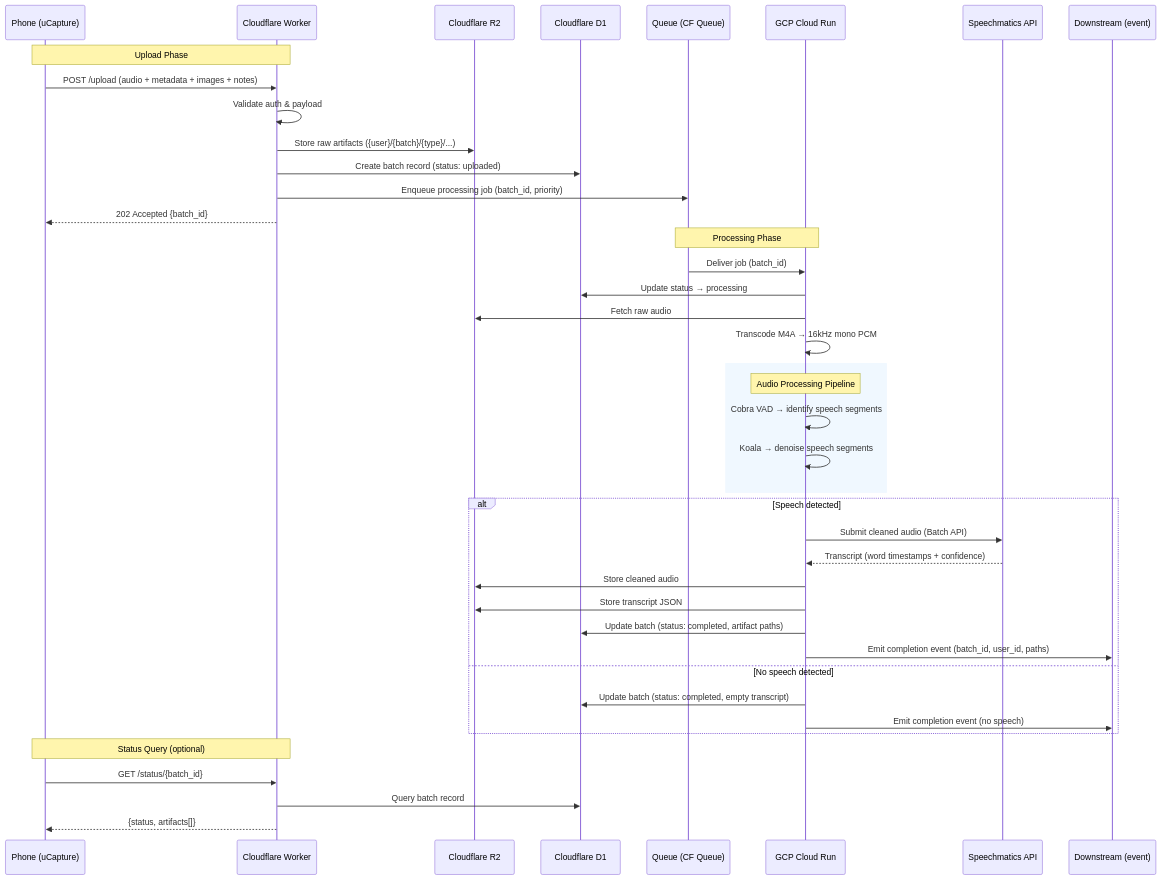
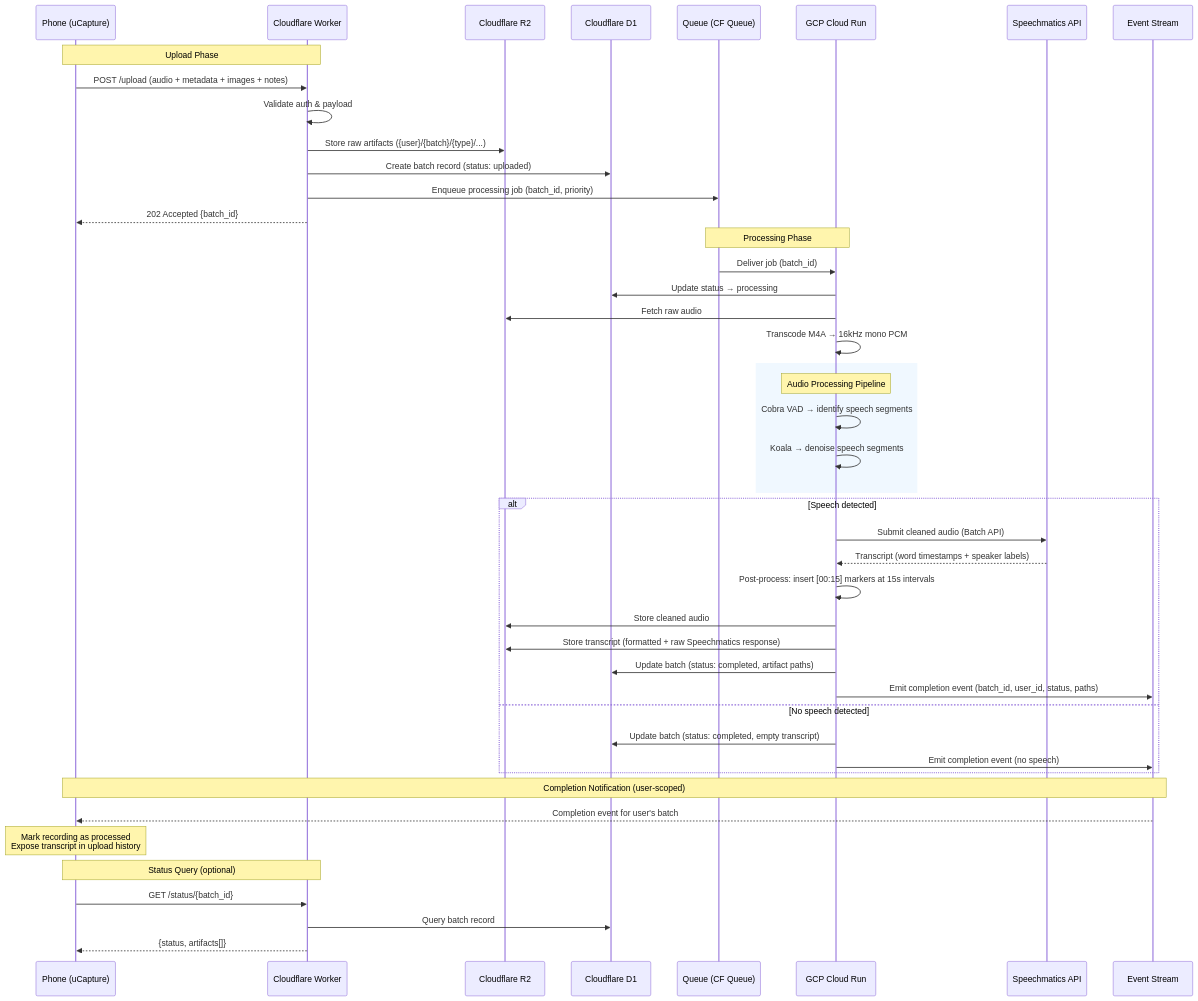
One commit to workingman/ucapture changed the diagram in cloudflare-audio-processor/docs/flow-audio-pipeline.mmd. Above: the diagram before and after it, drawn with Mermaid. The commit also changed 20 other files, not shown here.

```diff
--- a/cloudflare-audio-processor/docs/flow-audio-pipeline.mmd
+++ b/cloudflare-audio-processor/docs/flow-audio-pipeline.mmd
@@ -1,46 +1,51 @@
 sequenceDiagram
     participant Phone as Phone (uCapture)
     participant CF as Cloudflare Worker
     participant R2 as Cloudflare R2
     participant D1 as Cloudflare D1
     participant Q as Queue (CF Queue)
     participant GCP as GCP Cloud Run
     participant SM as Speechmatics API
-    participant DS as Downstream (event)
+    participant DS as Event Stream
 
     Note over Phone,CF: Upload Phase
     Phone->>CF: POST /upload (audio + metadata + images + notes)
     CF->>CF: Validate auth & payload
     CF->>R2: Store raw artifacts ({user}/{batch}/{type}/...)
     CF->>D1: Create batch record (status: uploaded)
     CF->>Q: Enqueue processing job (batch_id, priority)
     CF-->>Phone: 202 Accepted {batch_id}
 
     Note over Q,GCP: Processing Phase
     Q->>GCP: Deliver job (batch_id)
     GCP->>D1: Update status → processing
     GCP->>R2: Fetch raw audio
     GCP->>GCP: Transcode M4A → 16kHz mono PCM
 
     rect rgb(240, 248, 255)
         Note over GCP: Audio Processing Pipeline
         GCP->>GCP: Cobra VAD → identify speech segments
         GCP->>GCP: Koala → denoise speech segments
     end
 
     alt Speech detected
         GCP->>SM: Submit cleaned audio (Batch API)
-        SM-->>GCP: Transcript (word timestamps + confidence)
+        SM-->>GCP: Transcript (word timestamps + speaker labels)
+        GCP->>GCP: Post-process: insert [00:15] markers at 15s intervals
         GCP->>R2: Store cleaned audio
-        GCP->>R2: Store transcript JSON
+        GCP->>R2: Store transcript (formatted + raw Speechmatics response)
         GCP->>D1: Update batch (status: completed, artifact paths)
-        GCP->>DS: Emit completion event (batch_id, user_id, paths)
+        GCP->>DS: Emit completion event (batch_id, user_id, status, paths)
     else No speech detected
         GCP->>D1: Update batch (status: completed, empty transcript)
         GCP->>DS: Emit completion event (no speech)
     end
 
+    Note over DS,Phone: Completion Notification (user-scoped)
+    DS-->>Phone: Completion event for user's batch
+    Note over Phone: Mark recording as processed<br/>Expose transcript in upload history
+
     Note over Phone,CF: Status Query (optional)
     Phone->>CF: GET /status/{batch_id}
     CF->>D1: Query batch record
     CF-->>Phone: {status, artifacts[]}
```
